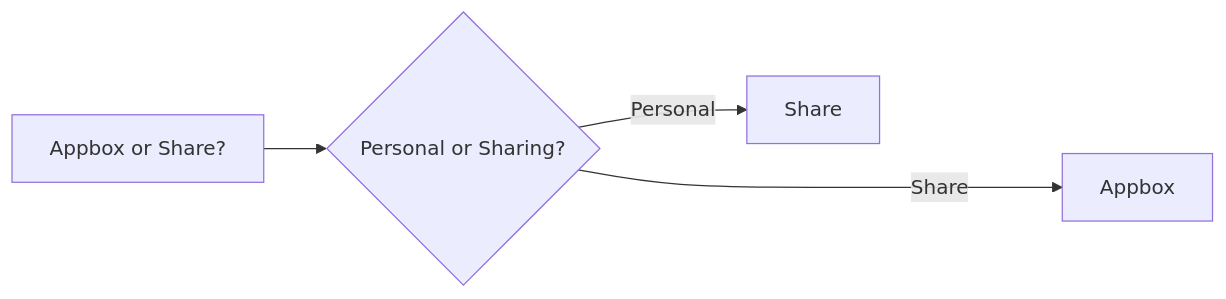
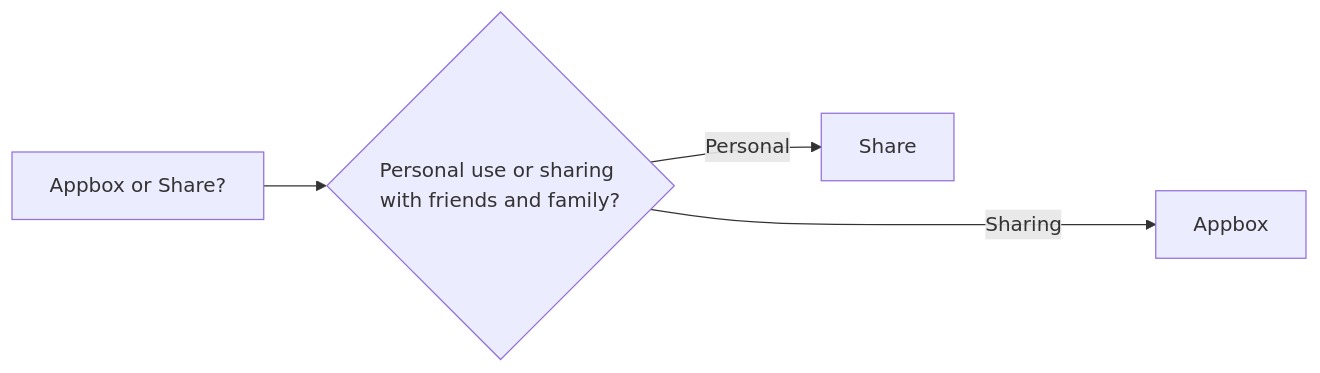
The diagram in docs/index.md (neomedia6989/docs-2), drawn with Mermaid before and after one commit.

````diff
--- a/docs/index.md
+++ b/docs/index.md
@@ -16,6 +16,6 @@
 ``` mermaid
 graph LR
-  A[Appbox or Share?] --> B{Personal or Sharing?};
+  A[Appbox or Share?] --> B{Personal use or sharing with friends and family?};
   B -->|Personal| C[Share];
-  B ---->|Share| E[Appbox];
+  B ---->|Sharing| E[Appbox];
 ```
````
